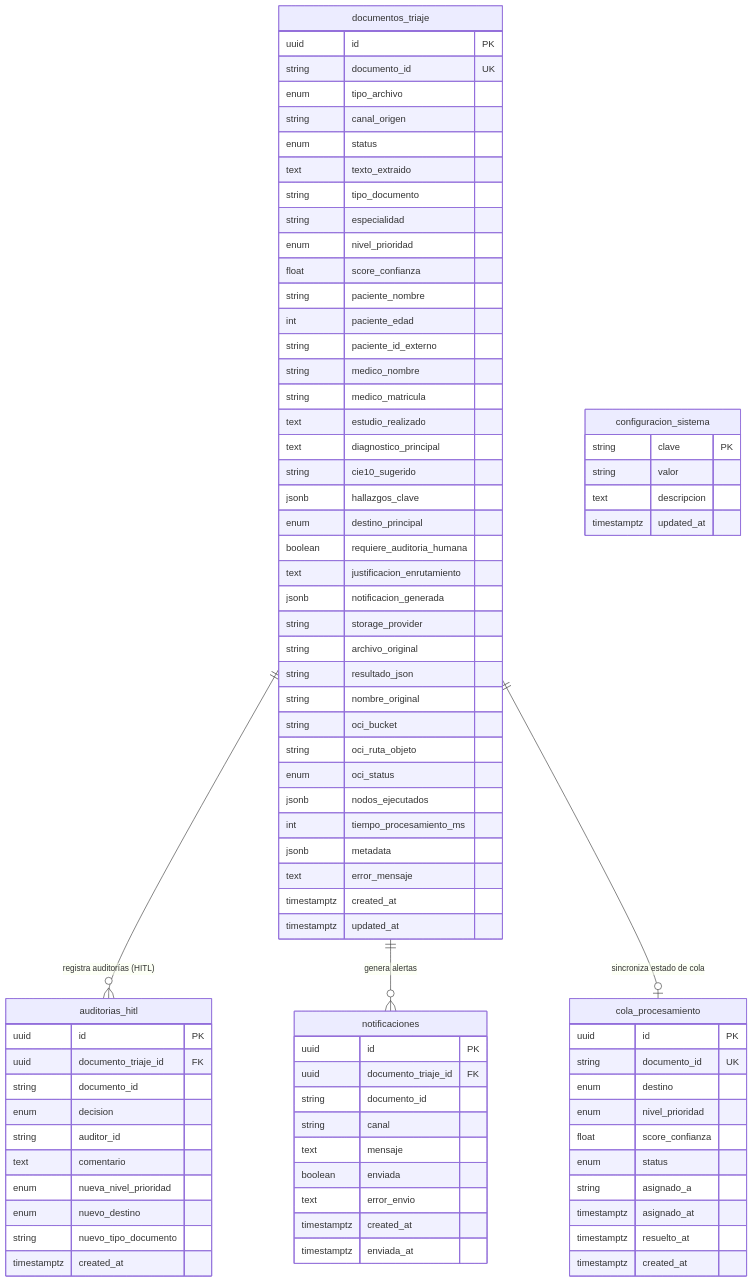
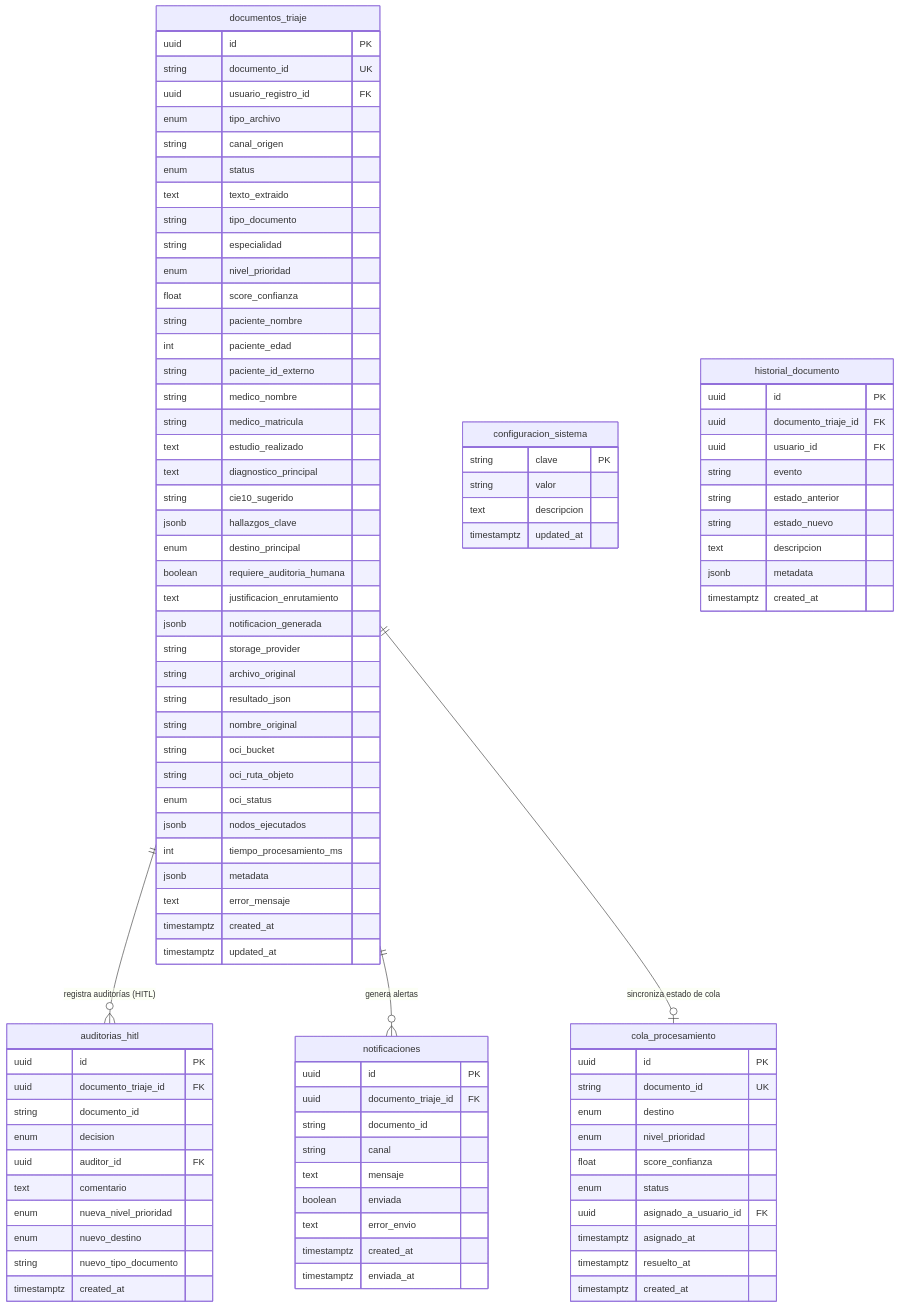
Before and after one commit to No-Country-simulation/G10-LATAM-TEAM-02-MediFlowI-Agente-IA: the diagram in Docs/BASE_DE_DATOS.md, drawn with Mermaid. The commit also changed other lines of this file and 1 other file, not shown here.

Commit message:
docs: align bearer and traceability contracts

````diff
--- a/Docs/BASE_DE_DATOS.md
+++ b/Docs/BASE_DE_DATOS.md
@@ -15,6 +15,7 @@
     documentos_triaje {
         uuid id PK
         string documento_id UK
+        uuid usuario_registro_id FK
         enum tipo_archivo
         string canal_origen
         enum status
@@ -56,7 +57,7 @@
         uuid documento_triaje_id FK
         string documento_id
         enum decision
-        string auditor_id
+        uuid auditor_id FK
         text comentario
         enum nueva_nivel_prioridad
         enum nuevo_destino
@@ -90,9 +91,21 @@
         enum nivel_prioridad
         float score_confianza
         enum status
-        string asignado_a
+        uuid asignado_a_usuario_id FK
         timestamptz asignado_at
         timestamptz resuelto_at
         timestamptz created_at
     }
+
+    historial_documento {
+        uuid id PK
+        uuid documento_triaje_id FK
+        uuid usuario_id FK
+        string evento
+        string estado_anterior
+        string estado_nuevo
+        text descripcion
+        jsonb metadata
+        timestamptz created_at
+    }
 ```
````
